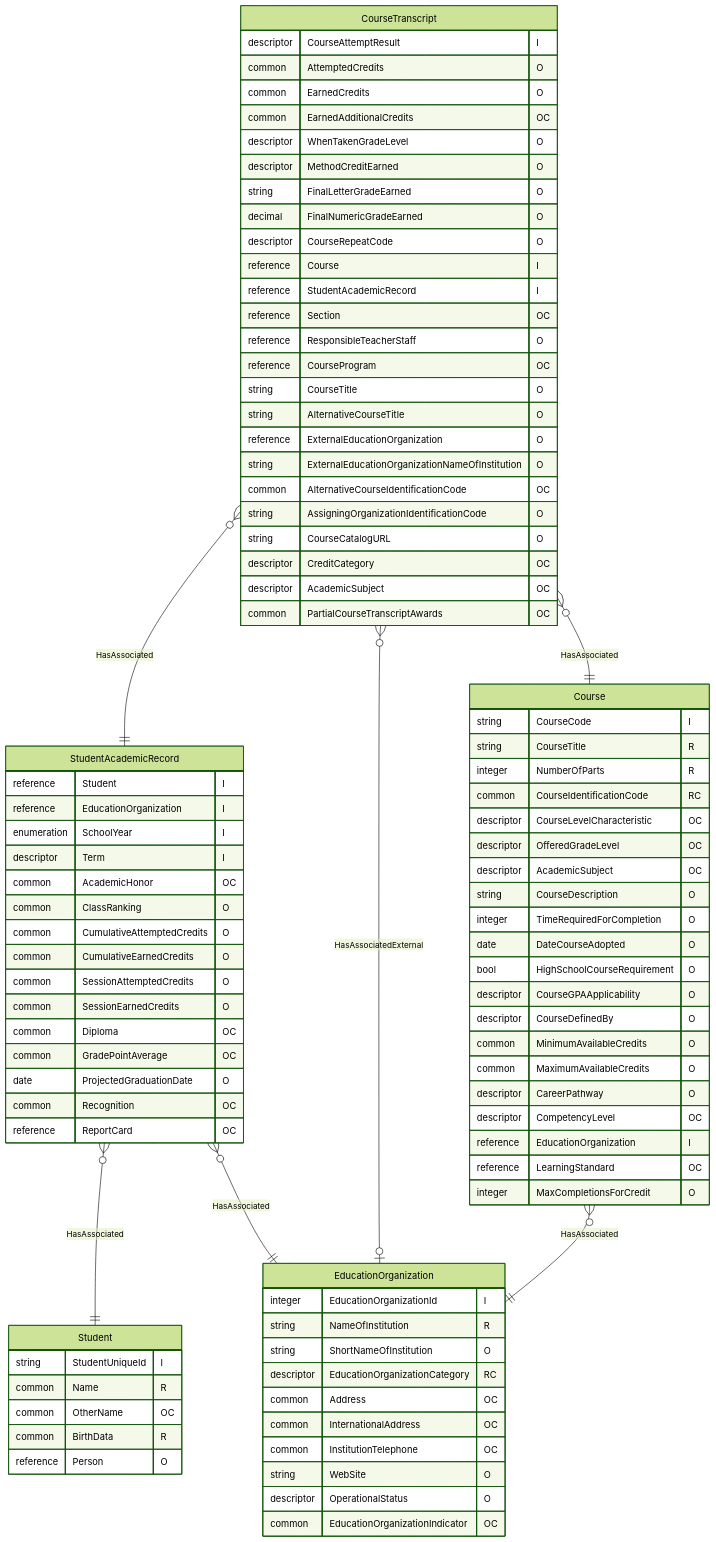
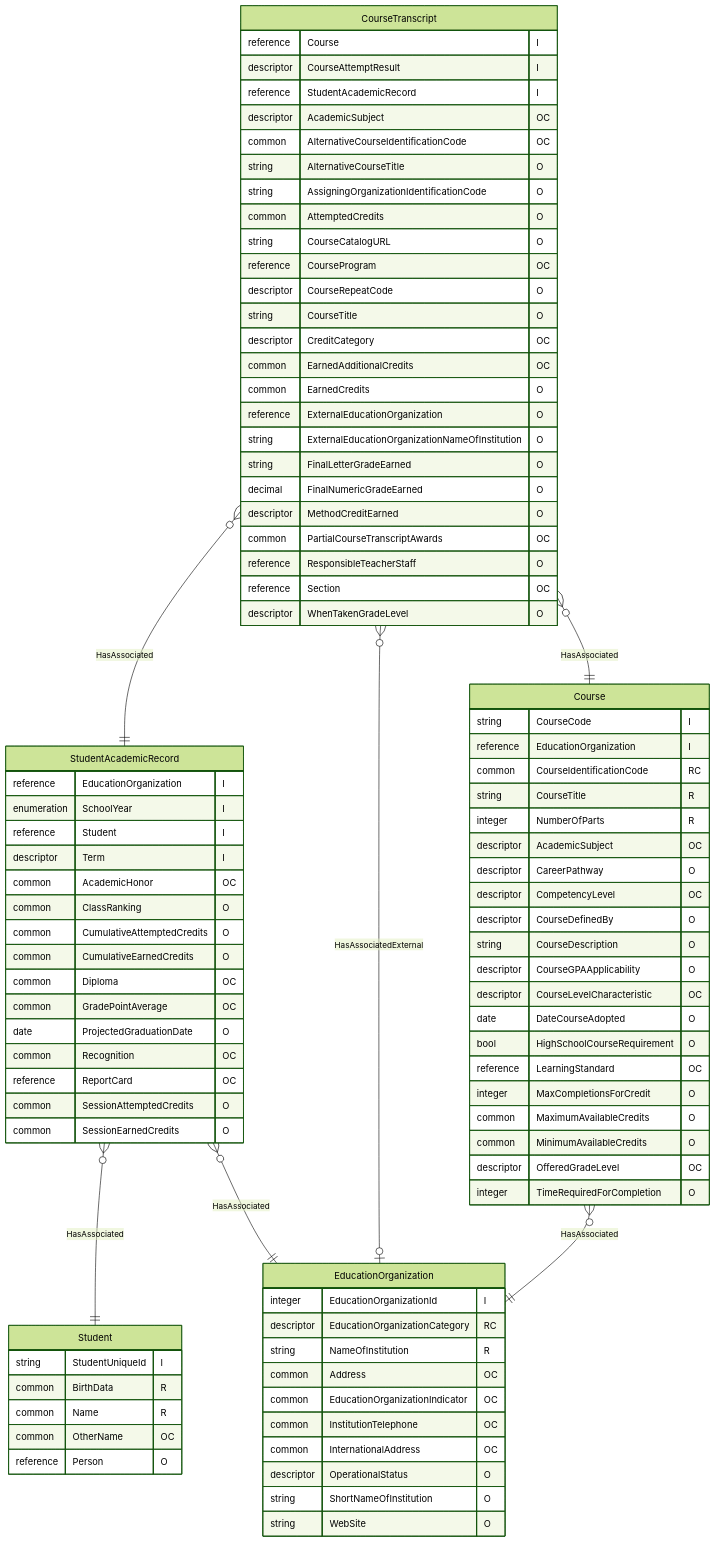
The diagram in dataStandard_versioned_docs/version-6/model-reference/student-academic-record-domain/StudentAcademicRecord-StudentTranscript.mmd (Ed-Fi-Alliance-OSS/ed-fi-alliance-oss.github.io), drawn with Mermaid (forest theme) before and after one commit. The commit also changed other lines of this file and 3 other files, not shown here.

First line of the commit message:
[DATASTD-2633] Reorder Student Academic Record UML attributes to list identities at the top

```diff
--- a/dataStandard_versioned_docs/version-6/model-reference/student-academic-record-domain/StudentAcademicRecord-StudentTranscript.mmd
+++ b/dataStandard_versioned_docs/version-6/model-reference/student-academic-record-domain/StudentAcademicRecord-StudentTranscript.mmd
@@ -1,91 +1,91 @@
 erDiagram
     Student {
         string StudentUniqueId "I"
+        common BirthData "R"
         common Name "R"
         common OtherName "OC"
-        common BirthData "R"
         reference Person "O"
     }
     StudentAcademicRecord {
-        reference Student "I"
         reference EducationOrganization "I"
         enumeration SchoolYear "I"
+        reference Student "I"
         descriptor Term "I"
         common AcademicHonor "OC"
         common ClassRanking "O"
         common CumulativeAttemptedCredits "O"
         common CumulativeEarnedCredits "O"
-        common SessionAttemptedCredits "O"
-        common SessionEarnedCredits "O"
         common Diploma "OC"
         common GradePointAverage "OC"
         date ProjectedGraduationDate "O"
         common Recognition "OC"
         reference ReportCard "OC"
+        common SessionAttemptedCredits "O"
+        common SessionEarnedCredits "O"
     }
     CourseTranscript {
+        reference Course "I"
         descriptor CourseAttemptResult "I"
+        reference StudentAcademicRecord "I"
+        descriptor AcademicSubject "OC"
+        common AlternativeCourseIdentificationCode "OC"
+        string AlternativeCourseTitle "O"
+        string AssigningOrganizationIdentificationCode "O"
         common AttemptedCredits "O"
+        string CourseCatalogURL "O"
+        reference CourseProgram "OC"
+        descriptor CourseRepeatCode "O"
+        string CourseTitle "O"
+        descriptor CreditCategory "OC"
+        common EarnedAdditionalCredits "OC"
         common EarnedCredits "O"
-        common EarnedAdditionalCredits "OC"
-        descriptor WhenTakenGradeLevel "O"
-        descriptor MethodCreditEarned "O"
+        reference ExternalEducationOrganization "O"
+        string ExternalEducationOrganizationNameOfInstitution "O"
         string FinalLetterGradeEarned "O"
         decimal FinalNumericGradeEarned "O"
-        descriptor CourseRepeatCode "O"
-        reference Course "I"
-        reference StudentAcademicRecord "I"
+        descriptor MethodCreditEarned "O"
+        common PartialCourseTranscriptAwards "OC"
+        reference ResponsibleTeacherStaff "O"
         reference Section "OC"
-        reference ResponsibleTeacherStaff "O"
-        reference CourseProgram "OC"
-        string CourseTitle "O"
-        string AlternativeCourseTitle "O"
-        reference ExternalEducationOrganization "O"
-        string ExternalEducationOrganizationNameOfInstitution "O"
-        common AlternativeCourseIdentificationCode "OC"
-        string AssigningOrganizationIdentificationCode "O"
-        string CourseCatalogURL "O"
-        descriptor CreditCategory "OC"
-        descriptor AcademicSubject "OC"
-        common PartialCourseTranscriptAwards "OC"
+        descriptor WhenTakenGradeLevel "O"
     }
     Course {
         string CourseCode "I"
+        reference EducationOrganization "I"
+        common CourseIdentificationCode "RC"
         string CourseTitle "R"
         integer NumberOfParts "R"
-        common CourseIdentificationCode "RC"
+        descriptor AcademicSubject "OC"
+        descriptor CareerPathway "O"
+        descriptor CompetencyLevel "OC"
+        descriptor CourseDefinedBy "O"
+        string CourseDescription "O"
+        descriptor CourseGPAApplicability "O"
         descriptor CourseLevelCharacteristic "OC"
-        descriptor OfferedGradeLevel "OC"
-        descriptor AcademicSubject "OC"
-        string CourseDescription "O"
-        integer TimeRequiredForCompletion "O"
         date DateCourseAdopted "O"
         bool HighSchoolCourseRequirement "O"
-        descriptor CourseGPAApplicability "O"
-        descriptor CourseDefinedBy "O"
-        common MinimumAvailableCredits "O"
-        common MaximumAvailableCredits "O"
-        descriptor CareerPathway "O"
-        descriptor CompetencyLevel "OC"
-        reference EducationOrganization "I"
         reference LearningStandard "OC"
         integer MaxCompletionsForCredit "O"
+        common MaximumAvailableCredits "O"
+        common MinimumAvailableCredits "O"
+        descriptor OfferedGradeLevel "OC"
+        integer TimeRequiredForCompletion "O"
     }
     EducationOrganization {
         integer EducationOrganizationId "I"
+        descriptor EducationOrganizationCategory "RC"
         string NameOfInstitution "R"
+        common Address "OC"
+        common EducationOrganizationIndicator "OC"
+        common InstitutionTelephone "OC"
+        common InternationalAddress "OC"
+        descriptor OperationalStatus "O"
         string ShortNameOfInstitution "O"
-        descriptor EducationOrganizationCategory "RC"
-        common Address "OC"
-        common InternationalAddress "OC"
-        common InstitutionTelephone "OC"
         string WebSite "O"
-        descriptor OperationalStatus "O"
-        common EducationOrganizationIndicator "OC"
     }
     CourseTranscript }o--|| StudentAcademicRecord : "HasAssociated"
     CourseTranscript }o--o| EducationOrganization : "HasAssociatedExternal"
     CourseTranscript }o--|| Course : "HasAssociated"
     StudentAcademicRecord }o--|| Student : "HasAssociated"
     StudentAcademicRecord }o--|| EducationOrganization : "HasAssociated"
     Course }o--|| EducationOrganization : "HasAssociated"
```
